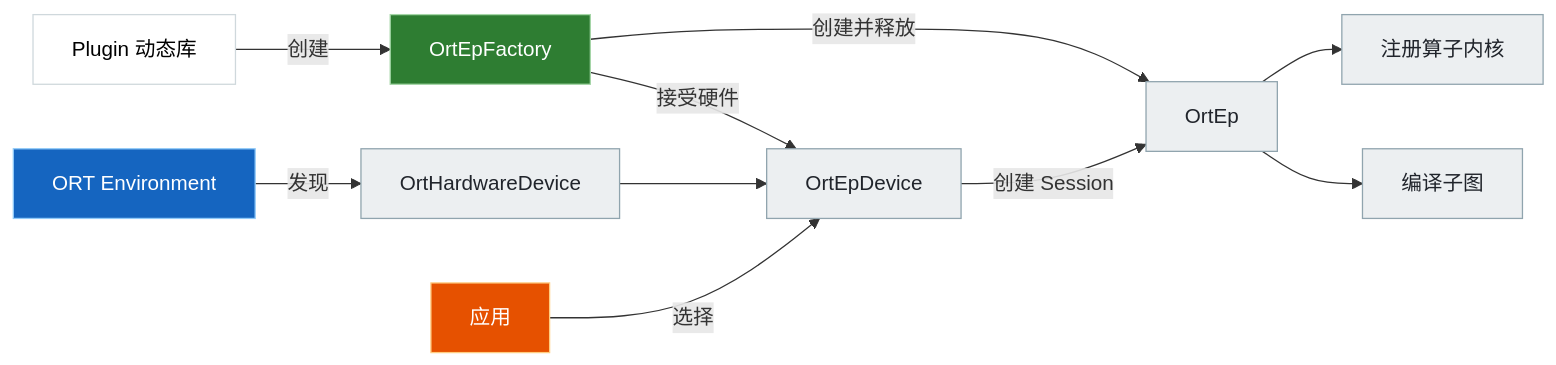
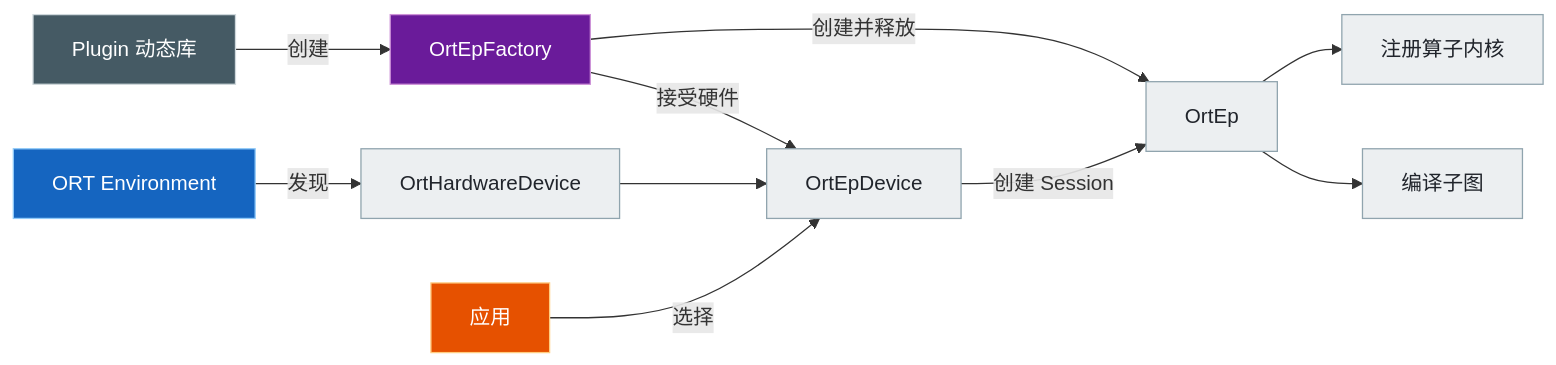
The fifth of 13 diagrams in PluginEP/README.zh-CN.md (DakeQQ/Tutorial-ONNX-Runtime-Execution-Providers), drawn with Mermaid before and after one commit. The commit also changed other lines of this file and 15 other files, not shown here.

````diff
--- a/PluginEP/README.zh-CN.md
+++ b/PluginEP/README.zh-CN.md
@@ -176,19 +174,23 @@
 ```mermaid
 flowchart LR
     LIB["Plugin 动态库"] -->|创建| F["OrtEpFactory"]
     ORT["ORT Environment"] -->|发现| H["OrtHardwareDevice"]
     F -->|接受硬件| D["OrtEpDevice"]
     H --> D
     APP["应用"] -->|选择| D
     D -->|创建 Session| E["OrtEp"]
     F -->|创建并释放| E
     E --> C["编译子图"]
     E --> K["注册算子内核"]
 
-    style LIB fill:#ffffff,stroke:#cfd8dc,color:#000000
-    style ORT fill:#1565c0,stroke:#90caf9,color:#ffffff
-    style APP fill:#e65100,stroke:#ffcc80,color:#ffffff
-    style F fill:#2e7d32,stroke:#a5d6a7,color:#ffffff
+    class LIB slate
+    class ORT blue
+    class APP orange
+    class F purple
+    class H,D,E,C,K leaf
+    classDef slate fill:#455a64,stroke:#cfd8dc,color:#ffffff
+    classDef blue fill:#1565c0,stroke:#90caf9,color:#ffffff
+    classDef orange fill:#e65100,stroke:#ffcc80,color:#ffffff
+    classDef purple fill:#6a1b9a,stroke:#ce93d8,color:#ffffff
     classDef leaf fill:#eceff1,stroke:#90a4ae,color:#20242b
-    class H,D,E,C,K leaf
 ```
````
